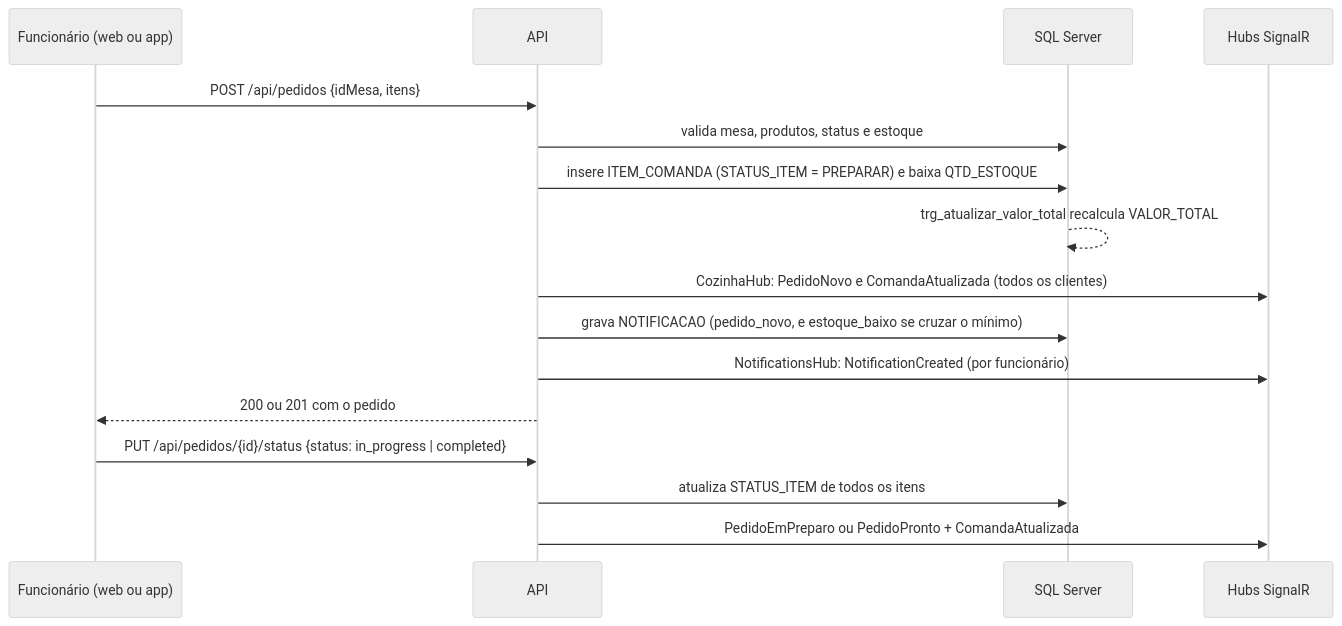
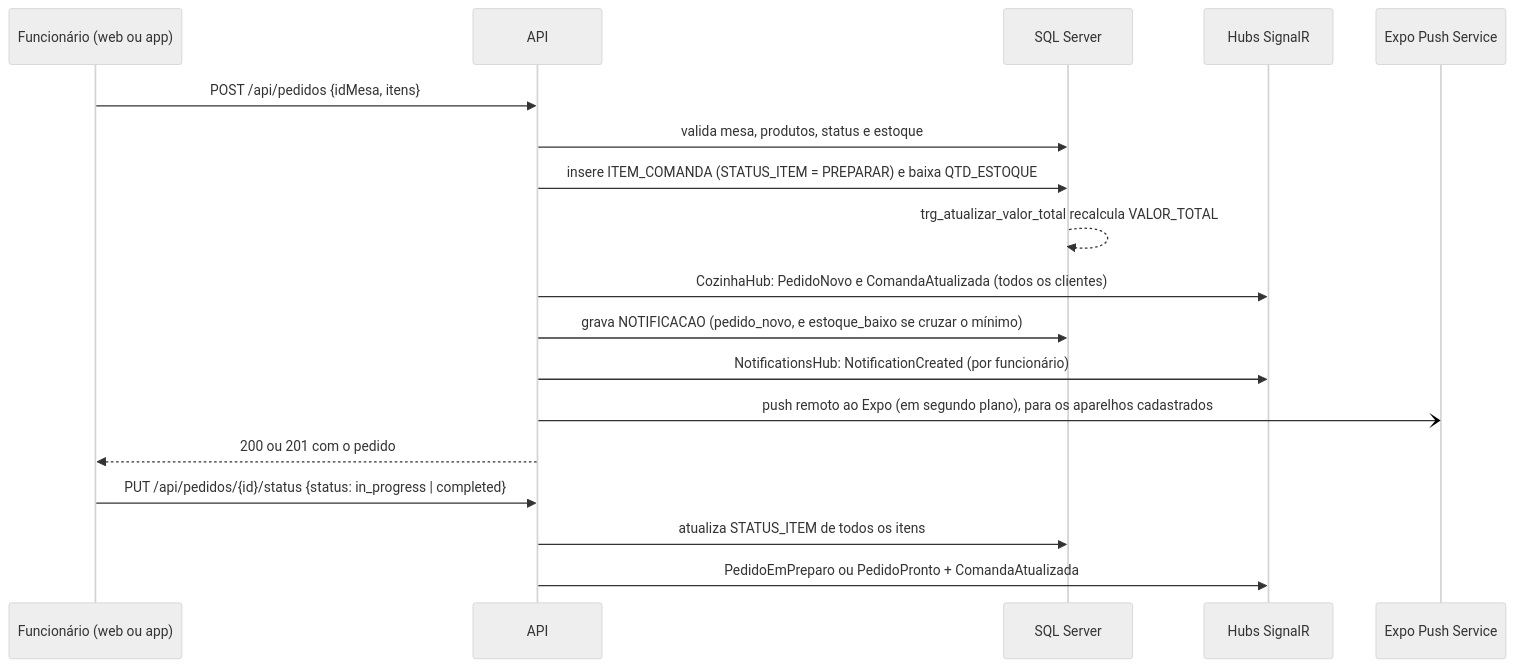
Before and after one commit to derickG0mes/systemic-pim: the fifth of 5 diagrams in docs/ARQUITETURA.md, drawn with Mermaid (neutral theme). The commit also changed other lines of this file and 10 other files, not shown here.

First line of the commit message:
docs: documenta push remoto, credenciais e demais ajustes; cria CHANGELOG

````diff
--- a/docs/ARQUITETURA.md
+++ b/docs/ARQUITETURA.md
@@ -287,18 +298,20 @@
 ```mermaid
 sequenceDiagram
     participant U as Funcionário (web ou app)
     participant A as API
     participant D as SQL Server
     participant H as Hubs SignalR
+    participant X as Expo Push Service
     U->>A: POST /api/pedidos {idMesa, itens}
     A->>D: valida mesa, produtos, status e estoque
     A->>D: insere ITEM_COMANDA (STATUS_ITEM = PREPARAR) e baixa QTD_ESTOQUE
     D-->>D: trg_atualizar_valor_total recalcula VALOR_TOTAL
     A->>H: CozinhaHub: PedidoNovo e ComandaAtualizada (todos os clientes)
     A->>D: grava NOTIFICACAO (pedido_novo, e estoque_baixo se cruzar o mínimo)
     A->>H: NotificationsHub: NotificationCreated (por funcionário)
+    A-)X: push remoto ao Expo (em segundo plano), para os aparelhos cadastrados
     A-->>U: 200 ou 201 com o pedido
     U->>A: PUT /api/pedidos/{id}/status {status: in_progress | completed}
     A->>D: atualiza STATUS_ITEM de todos os itens
     A->>H: PedidoEmPreparo ou PedidoPronto + ComandaAtualizada
 ```
````
